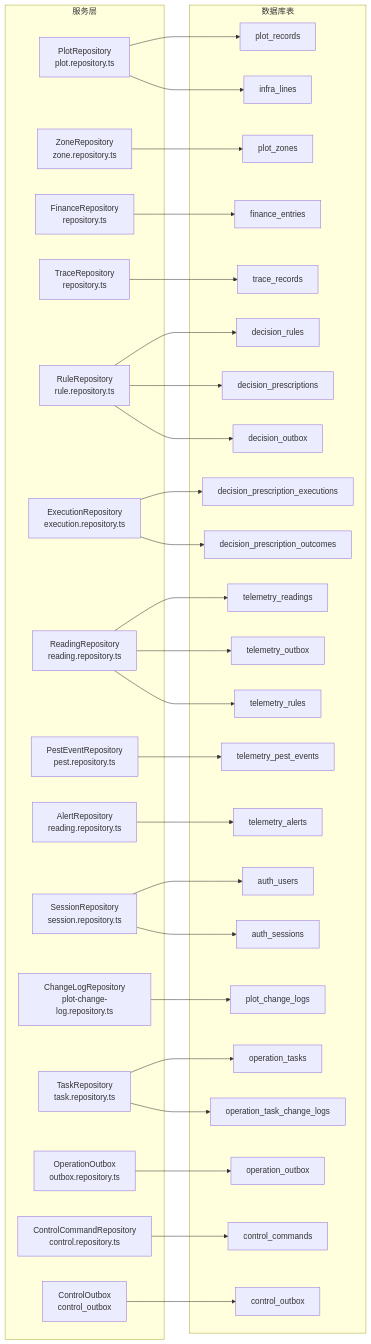
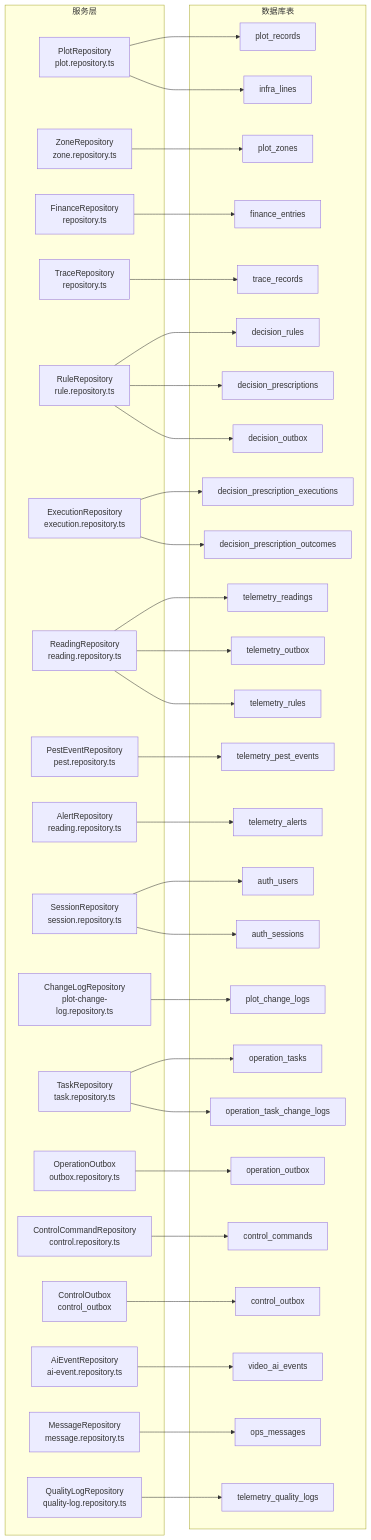
One commit to q446328246/agri-platform changed the second of 29 diagrams in .qoder/repowiki/zh/content/数据库设计/数据库设计.md. Above: the diagram before and after it, drawn with Mermaid. The commit also changed other lines of this file and 15 other files, not shown here.

````diff
--- a/.qoder/repowiki/zh/content/数据库设计/数据库设计.md
+++ b/.qoder/repowiki/zh/content/数据库设计/数据库设计.md
@@ -227,68 +255,77 @@
 ```mermaid
 graph LR
 subgraph "服务层"
 PS["PlotRepository<br/>plot.repository.ts"]
 ZR["ZoneRepository<br/>zone.repository.ts"]
 FS["FinanceRepository<br/>repository.ts"]
 TRS["TraceRepository<br/>repository.ts"]
 RS["RuleRepository<br/>rule.repository.ts"]
 ER["ExecutionRepository<br/>execution.repository.ts"]
 RR["ReadingRepository<br/>reading.repository.ts"]
 PR["PestEventRepository<br/>pest.repository.ts"]
 AR["AlertRepository<br/>reading.repository.ts"]
 ASR["SessionRepository<br/>session.repository.ts"]
 CLR["ChangeLogRepository<br/>plot-change-log.repository.ts"]
 TSR["TaskRepository<br/>task.repository.ts"]
 OOB["OperationOutbox<br/>outbox.repository.ts"]
 CR["ControlCommandRepository<br/>control.repository.ts"]
 COOB["ControlOutbox<br/>control_outbox"]
+VR["AiEventRepository<br/>ai-event.repository.ts"]
+MR["MessageRepository<br/>message.repository.ts"]
+QL["QualityLogRepository<br/>quality-log.repository.ts"]
 end
 subgraph "数据库表"
 T1["plot_records"]
 T2["finance_entries"]
 T3["trace_records"]
 T4["decision_rules"]
 T5["decision_prescriptions"]
 T6["decision_prescription_executions"]
 T7["decision_prescription_outcomes"]
 T8["telemetry_readings"]
 T9["telemetry_alerts"]
 T10["decision_outbox"]
 T11["telemetry_outbox"]
 T12["auth_users"]
 T13["auth_sessions"]
 T14["telemetry_rules"]
 T15["telemetry_pest_events"]
 T16["infra_lines"]
 T17["plot_zones"]
 T18["plot_change_logs"]
 T19["operation_tasks"]
 T20["operation_outbox"]
 T21["control_commands"]
 T22["control_outbox"]
 T23["operation_task_change_logs"]
+T24["video_ai_events"]
+T25["ops_messages"]
+T26["telemetry_quality_logs"]
 end
 PS --> T1
 ZR --> T17
 FS --> T2
 TRS --> T3
 RS --> T4
 RS --> T5
 ER --> T6
 ER --> T7
 RR --> T8
 PR --> T15
 AR --> T9
 RS --> T10
 RR --> T11
 ASR --> T12
 ASR --> T13
 RR --> T14
 PS --> T16
 CLR --> T18
 TSR --> T19
 OOB --> T20
 CR --> T21
 COOB --> T22
 TSR --> T23
+VR --> T24
+MR --> T25
+QL --> T26
 ```
````
